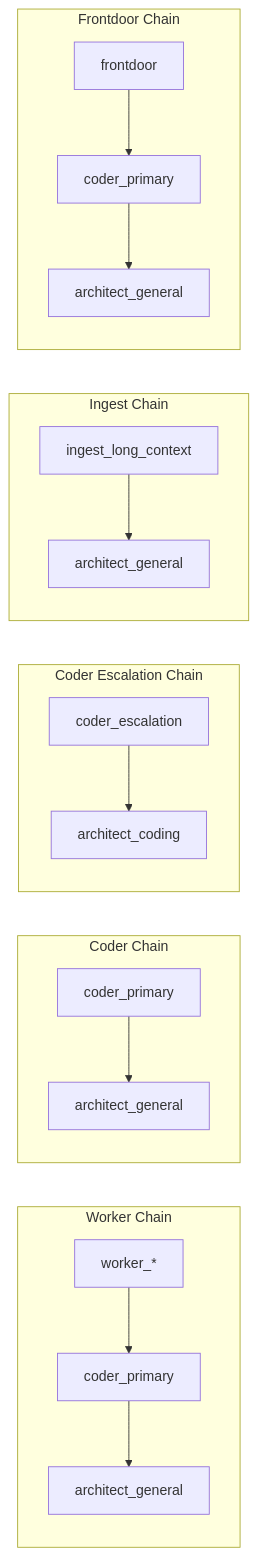
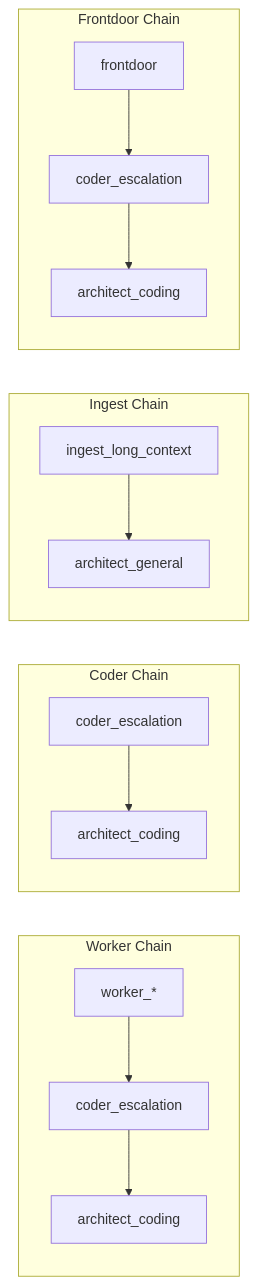
The second of 4 diagrams in docs/diagrams/orchestration_topology.md (pestopoppa/amd-epyc-inference), drawn with Mermaid before and after one commit. The commit also changed other lines of this file and 126 other files, not shown here.

First line of the commit message:
refactor: deprecate coder_primary role — remove self-delegation

````diff
--- a/docs/diagrams/orchestration_topology.md
+++ b/docs/diagrams/orchestration_topology.md
@@ -131,22 +131,18 @@
 ```mermaid
 flowchart LR
     subgraph Chain1["Worker Chain"]
-        W1[worker_*] --> C1[coder_primary] --> A1[architect_general]
+        W1[worker_*] --> C1[coder_escalation] --> A1[architect_coding]
     end
 
     subgraph Chain2["Coder Chain"]
-        C2[coder_primary] --> A2[architect_general]
-    end
-
-    subgraph Chain3["Coder Escalation Chain"]
-        CE2[coder_escalation] --> AC2[architect_coding]
+        C2[coder_escalation] --> A2[architect_coding]
     end
 
     subgraph Chain4["Ingest Chain"]
         I1[ingest_long_context] --> A3[architect_general]
     end
 
     subgraph Chain5["Frontdoor Chain"]
-        F1[frontdoor] --> C3[coder_primary] --> A4[architect_general]
+        F1[frontdoor] --> C3[coder_escalation] --> A4[architect_coding]
     end
 ```
````
